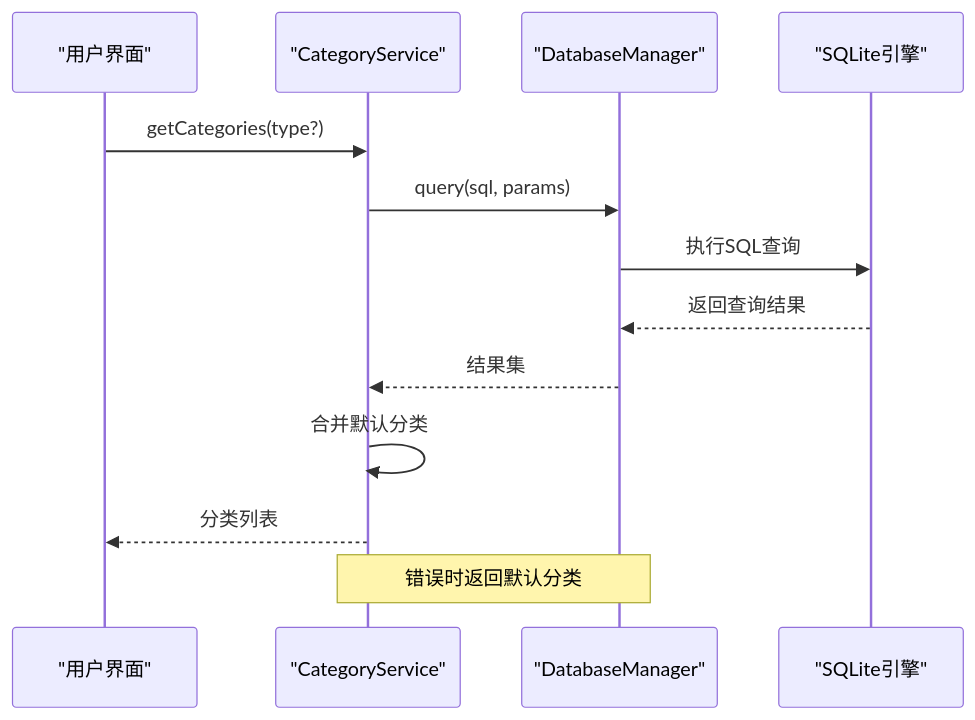
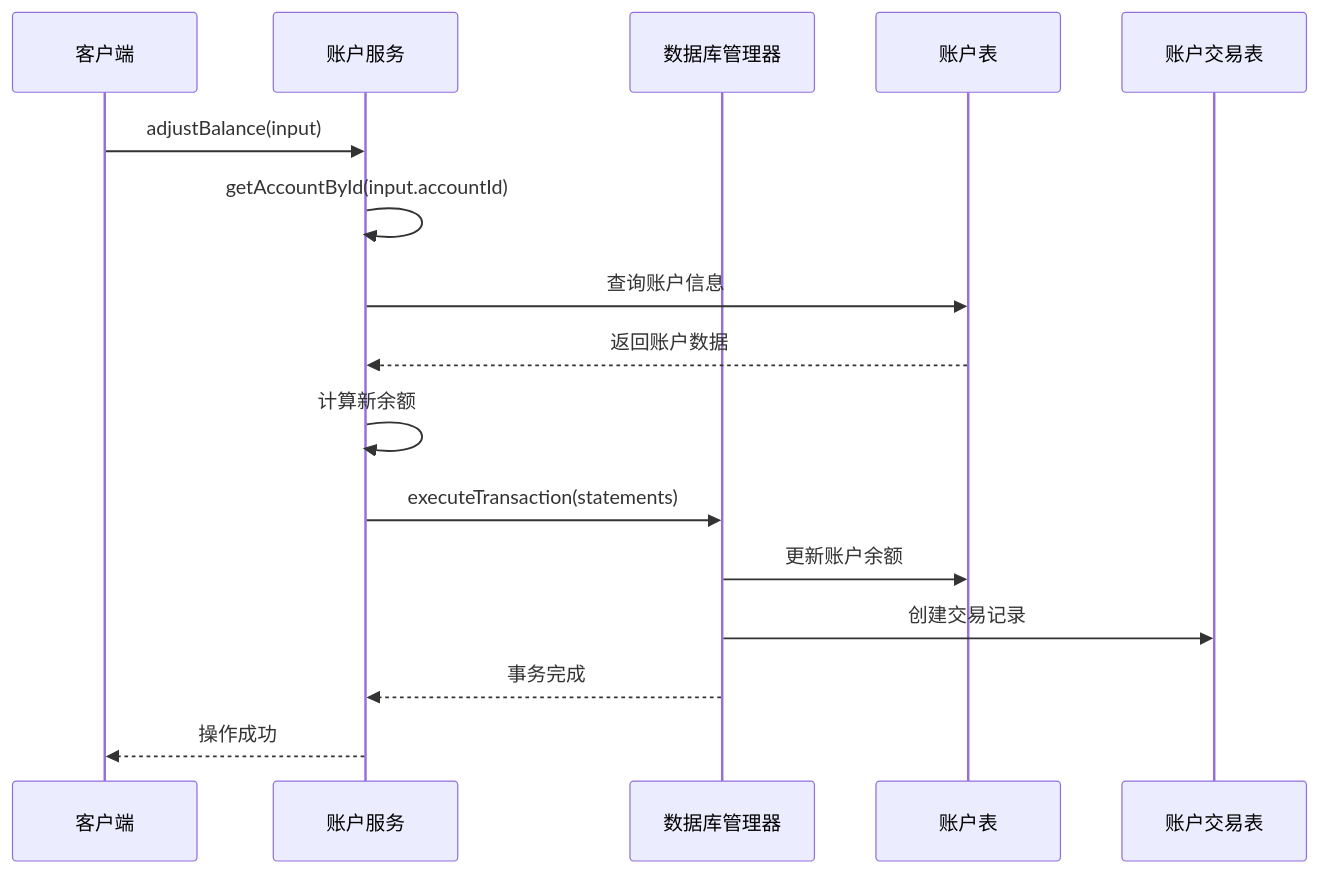
The fifth of 13 diagrams in .qoder/repowiki/zh/content/API参考/服务API.md (xiao-lin-unit/yuan), drawn with Mermaid before and after one commit. The commit also changed other lines of this file and 21 other files, not shown here.

````diff
--- a/.qoder/repowiki/zh/content/API参考/服务API.md
+++ b/.qoder/repowiki/zh/content/API参考/服务API.md
@@ -86,15 +323,18 @@
 ```mermaid
 sequenceDiagram
-participant UI as "用户界面"
-participant CS as "CategoryService"
-participant DB as "DatabaseManager"
-participant SQL as "SQLite引擎"
-UI->>CS : getCategories(type?)
-CS->>DB : query(sql, params)
-DB->>SQL : 执行SQL查询
-SQL-->>DB : 返回查询结果
-DB-->>CS : 结果集
-CS->>CS : 合并默认分类
-CS-->>UI : 分类列表
-Note over CS,DB : 错误时返回默认分类
+participant Client as 客户端
+participant Service as 账户服务
+participant DB as 数据库管理器
+participant Account as 账户表
+participant Transaction as 账户交易表
+Client->>Service : adjustBalance(input)
+Service->>Service : getAccountById(input.accountId)
+Service->>Account : 查询账户信息
+Account-->>Service : 返回账户数据
+Service->>Service : 计算新余额
+Service->>DB : executeTransaction(statements)
+DB->>Account : 更新账户余额
+DB->>Transaction : 创建交易记录
+DB-->>Service : 事务完成
+Service-->>Client : 操作成功
 ```
````
